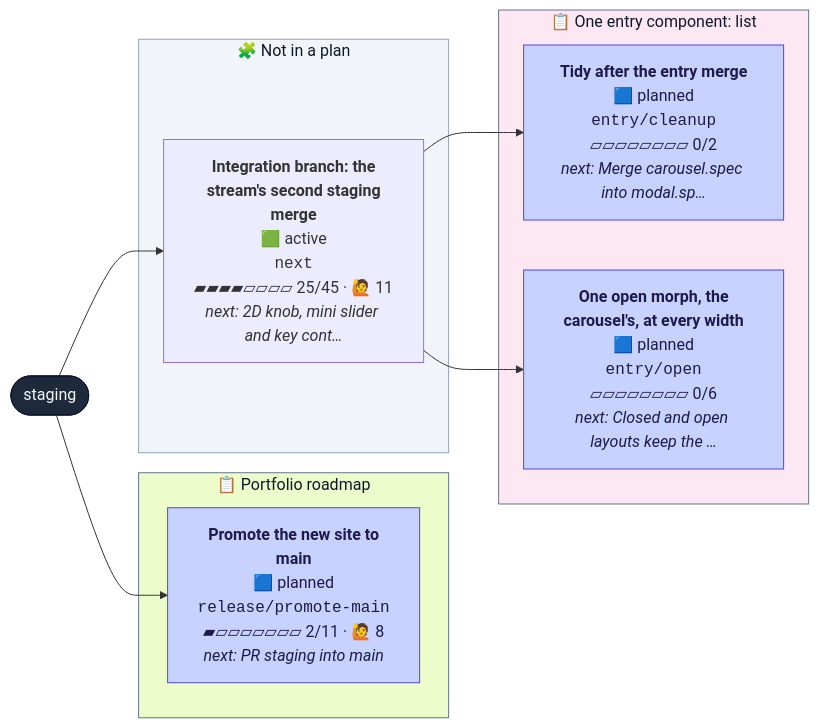
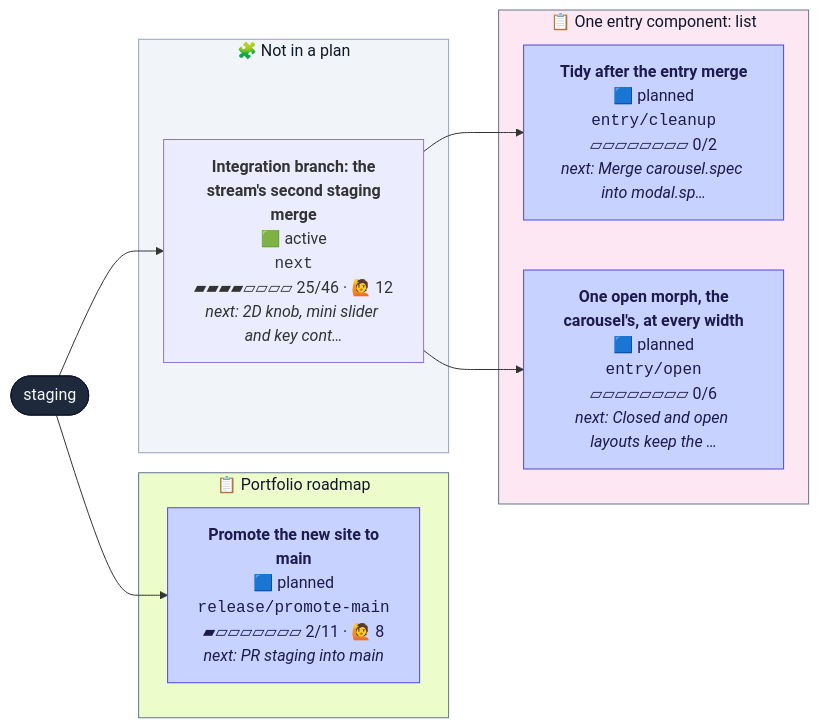
The second of 2 diagrams in CONTRIBUTING.md (henryjonescodes/portfolio), drawn with Mermaid before and after one commit. The commit also changed other lines of this file and 1 other file, not shown here.

````diff
--- a/CONTRIBUTING.md
+++ b/CONTRIBUTING.md
@@ -78,35 +78,35 @@
 ```mermaid
 flowchart LR
   n_staging([staging])
   class n_staging trunk
   subgraph plan_1["📋 One entry component: list"]
     n_entry_cleanup["<b>Tidy after the entry merge</b><br/>🟦 planned<br/><code>entry/cleanup</code><br/>▱▱▱▱▱▱▱▱ 0/2<br/><i>next: Merge carousel.spec into modal.sp…</i>"]
     class n_entry_cleanup planned
     n_entry_open["<b>One open morph, the<br/>carousel's, at every width</b><br/>🟦 planned<br/><code>entry/open</code><br/>▱▱▱▱▱▱▱▱ 0/6<br/><i>next: Closed and open layouts keep the …</i>"]
     class n_entry_open planned
   end
   style plan_1 fill:#fce7f3,stroke:#64748b,color:#0f172a
   subgraph plan_2["📋 Portfolio roadmap"]
     n_release_promote_main["<b>Promote the new site to<br/>main</b><br/>🟦 planned<br/><code>release/promote-main</code><br/>▰▱▱▱▱▱▱▱ 2/11 · 🙋 8<br/><i>next: PR staging into main</i>"]
     class n_release_promote_main planned
   end
   style plan_2 fill:#ecfccb,stroke:#64748b,color:#0f172a
   subgraph loose["🧩 Not in a plan"]
-    n_next["<b>Integration branch: the<br/>stream's second staging<br/>merge</b><br/>🟩 active<br/><code>next</code><br/>▰▰▰▰▱▱▱▱ 25/45 · 🙋 11<br/><i>next: 2D knob, mini slider and key cont…</i>"]
+    n_next["<b>Integration branch: the<br/>stream's second staging<br/>merge</b><br/>🟩 active<br/><code>next</code><br/>▰▰▰▰▱▱▱▱ 25/46 · 🙋 12<br/><i>next: 2D knob, mini slider and key cont…</i>"]
     class n_next active,current
   end
   style loose fill:#f1f5f9,stroke:#94a3b8,color:#0f172a
   n_next --> n_entry_cleanup
   n_next --> n_entry_open
   n_staging --> n_next
   n_staging --> n_release_promote_main
   classDef merged fill:#dcfce7,stroke:#16a34a,color:#052e16
   classDef todo fill:#ffffff,stroke:#94a3b8,stroke-dasharray:2 2,color:#334155
   classDef planned fill:#c7d2fe,stroke:#4f46e5,color:#1e1b4b
   classDef sketched fill:#f8fafc,stroke:#64748b,stroke-dasharray:4 3,color:#334155
   classDef active fill:#bbf7d0,stroke:#16a34a,stroke-width:3px,color:#052e16
   classDef review fill:#fde68a,stroke:#d97706,stroke-width:3px,color:#451a03
   classDef blocked fill:#fecaca,stroke:#dc2626,stroke-width:3px,color:#450a0a
   classDef trunk fill:#1e293b,stroke:#0f172a,color:#f8fafc
   classDef current stroke:#0ea5e9,stroke-width:5px
 ```
````
